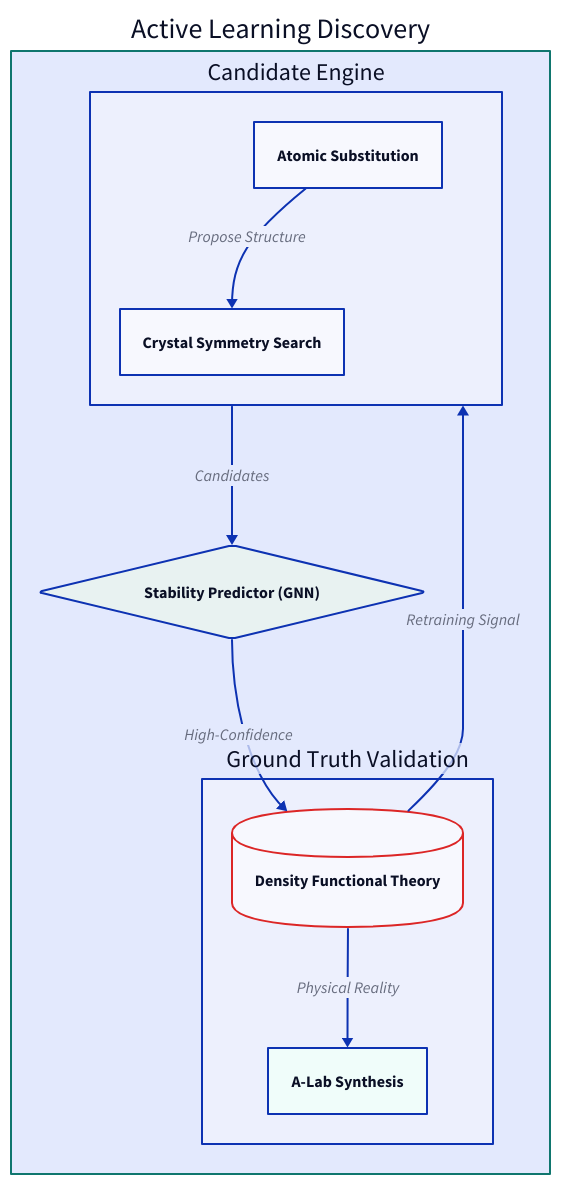
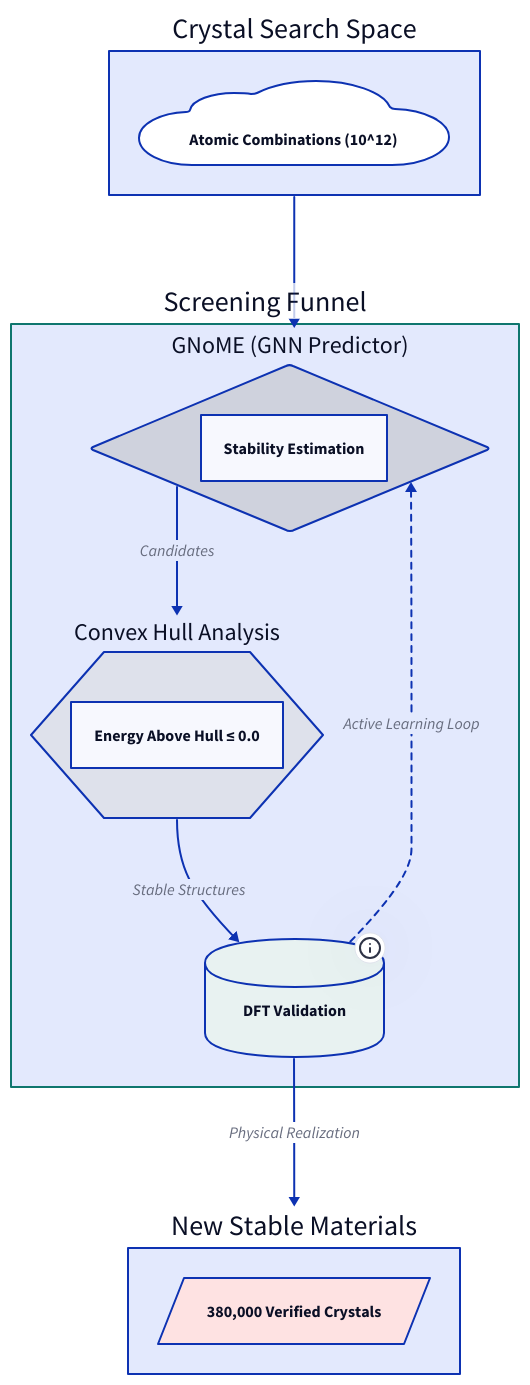
Before and after one commit to s-chudmunge/eulerfold: the diagram in content/articles/how-does-ai-discover-new-materials.md, drawn with D2. The commit also changed 45 other files, not shown here.

````diff
--- a/content/articles/how-does-ai-discover-new-materials.md
+++ b/content/articles/how-does-ai-discover-new-materials.md
@@ -40,42 +40,46 @@
 ```d2
 direction: down
 
-Discovery_Cycle: "Active Learning Discovery" {
+SearchSpace: "Crystal Search Space" {
+  Combinations: "Atomic Combinations (10^12)" {shape: cloud}
+}
+
+Funnel: "Screening Funnel" {
   style: {
-    stroke: "#0F766E"
+    stroke: "#0f766e"
     stroke-width: 2
   }
 
-  Generator: "Candidate Engine" {
-    Substitution: "Atomic Substitution"
-    Symmetry: "Crystal Symmetry Search"
-    Substitution -> Symmetry: "Propose Structure"
+  GNN: "GNoME (GNN Predictor)" {
+    shape: diamond
+    Task: "Stability Estimation"
   }
 
-  GNoME_AI: "Stability Predictor (GNN)" {
-    shape: diamond
-    style: {
-      fill: "#e8f2f1"
-    }
+  Physics_Filter: "Convex Hull Analysis" {
+    shape: hexagon
+    Logic: "Energy Above Hull ≤ 0.0"
   }
 
-  Verification: "Ground Truth Validation" {
-    DFT: "Density Functional Theory" {
-      shape: cylinder
-      style: {
-        stroke: "#dc2626"
-      }
-    }
-    Lab: "A-Lab Synthesis" {
-      style: {
-        fill: "#f0fdfa"
-      }
-    }
+  DFT: "DFT Validation" {
+    shape: cylinder
+    style: {fill: "#e8f2f1"}
+    tooltip: "Quantum Mechanical Ground Truth"
+  }
+
+  GNN -> Physics_Filter: "Candidates"
+  Physics_Filter -> DFT: "Stable Structures"
+}
+
+Result: "New Stable Materials" {
+  Data: "380,000 Verified Crystals" {
+    shape: parallelogram
+    style: {fill: "#fee2e2"}
   }
 }
 
-Discovery_Cycle.Generator -> Discovery_Cycle.GNoME_AI: "Candidates"
-Discovery_Cycle.GNoME_AI -> Discovery_Cycle.Verification.DFT: "High-Confidence"
-Discovery_Cycle.Verification.DFT -> Discovery_Cycle.Verification.Lab: "Physical Reality"
-Discovery_Cycle.Verification.DFT -> Discovery_Cycle.Generator: "Retraining Signal"
+SearchSpace -> Funnel.GNN
+Funnel.DFT -> Result: "Physical Realization"
+Funnel.DFT -> Funnel.GNN: "Active Learning Loop" {
+  style: {stroke-dash: 3}
+}
 ```
````
